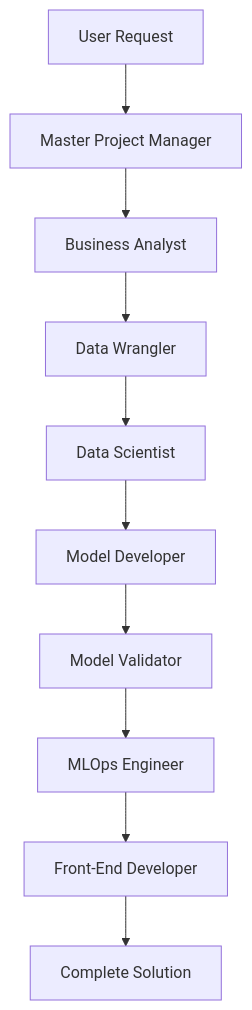
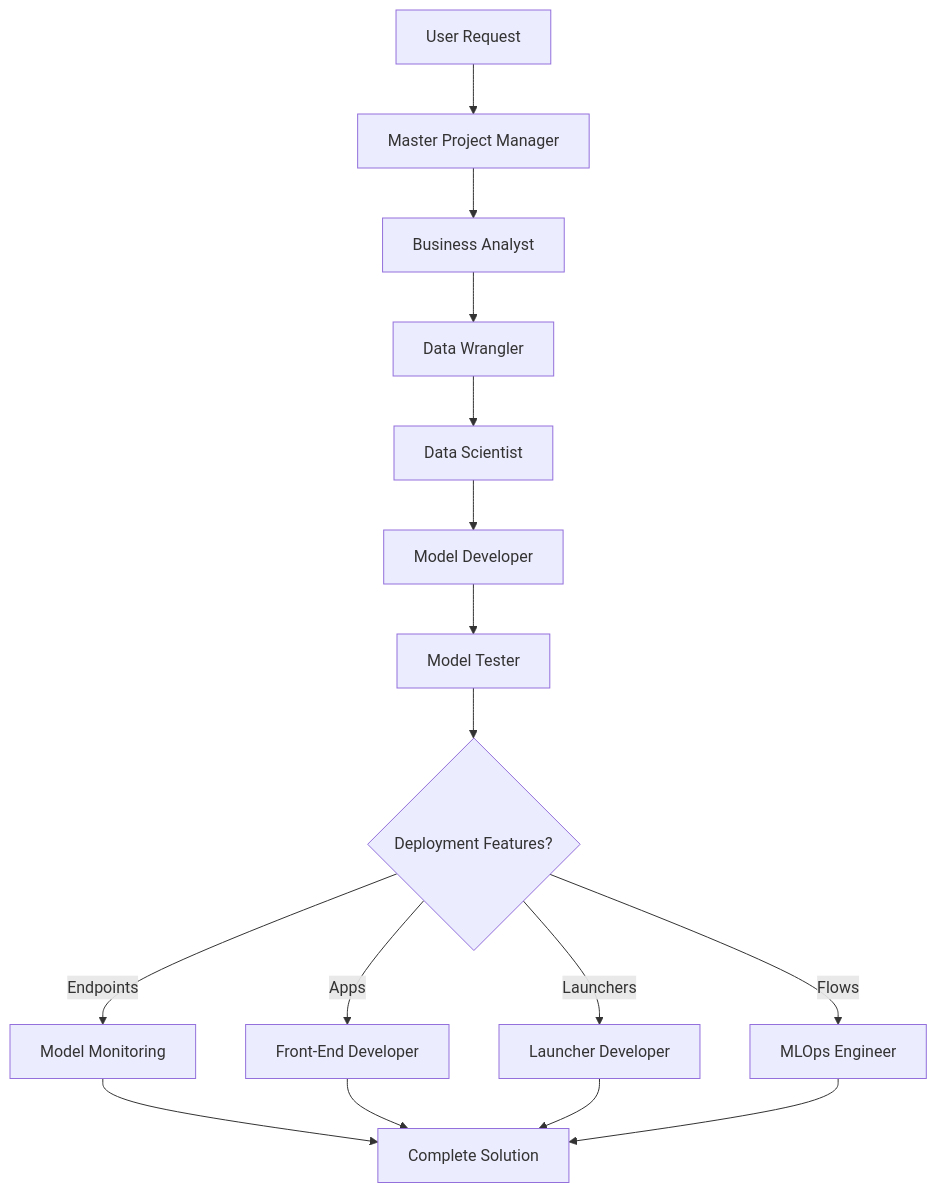
One commit to andrealowe/Generic-Project changed the diagram in .claude/agents/README.md. Above: the diagram before and after it, drawn with Mermaid. The commit also changed other lines of this file and 8 other files, not shown here.

````diff
--- a/.claude/agents/README.md
+++ b/.claude/agents/README.md
@@ -31,12 +81,18 @@
 ```mermaid
 graph TD
     A[User Request] --> B[Master Project Manager]
     B --> C[Business Analyst]
     C --> D[Data Wrangler]
     D --> E[Data Scientist]
     E --> F[Model Developer]
-    F --> G[Model Validator]
-    G --> H[MLOps Engineer]
-    H --> I[Front-End Developer]
-    I --> J[Complete Solution]
+    F --> G[Model Tester]
+    G --> H{Deployment Features?}
+    H -->|Endpoints| I[Model Monitoring]
+    H -->|Apps| J[Front-End Developer]
+    H -->|Launchers| K[Launcher Developer]
+    H -->|Flows| L[MLOps Engineer]
+    I --> M[Complete Solution]
+    J --> M
+    K --> M
+    L --> M
 ```
````
